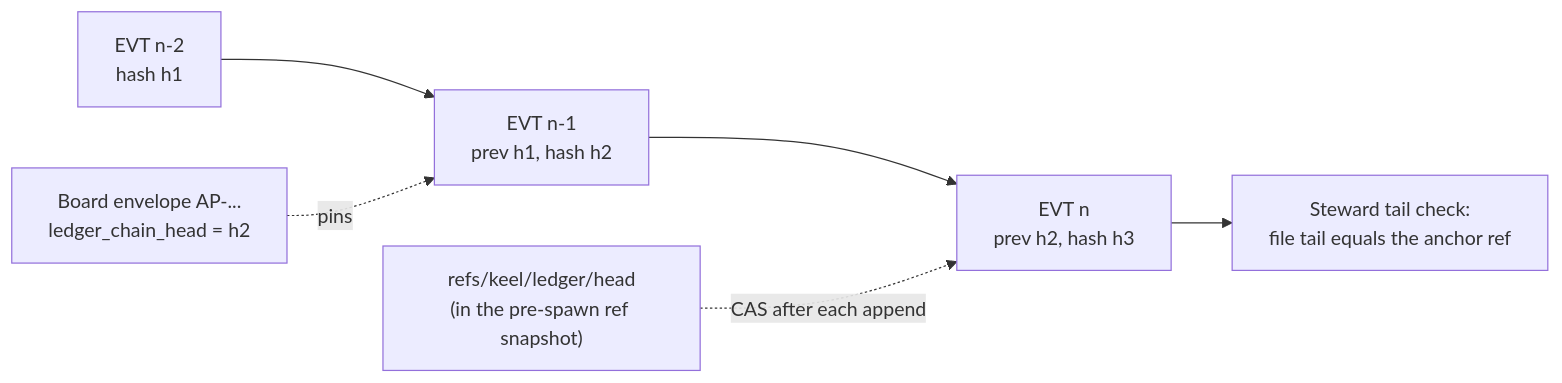
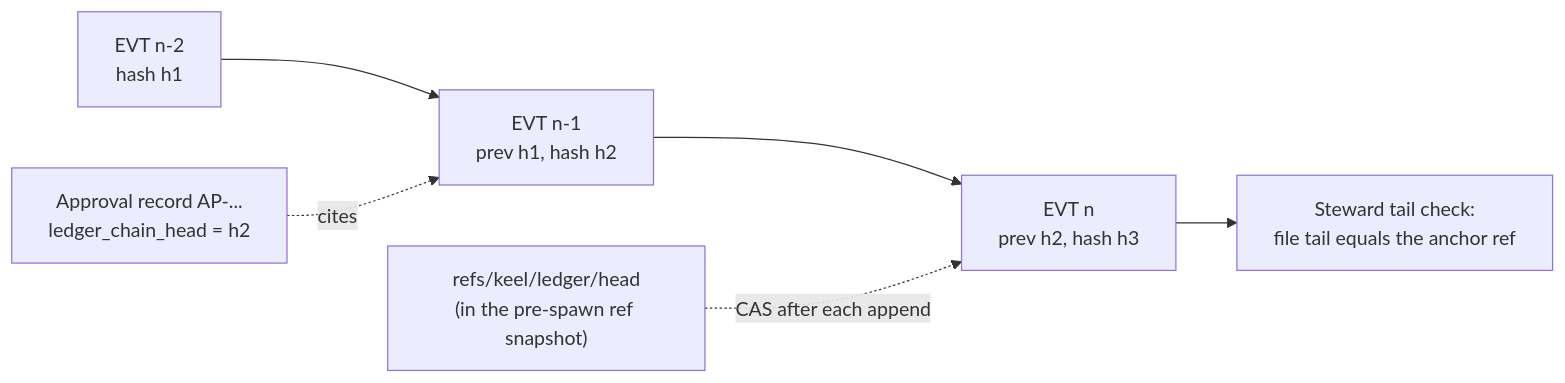
Before and after one commit to Qither/keel: the second of 2 diagrams in docs/14-trust-security.md, drawn with Mermaid. The commit also changed other lines of this file and 130 other files, not shown here.

````diff
--- a/docs/14-trust-security.md
+++ b/docs/14-trust-security.md
@@ -278,7 +265,7 @@
 ```mermaid
 flowchart LR
   e1["EVT n-2<br/>hash h1"] --> e2["EVT n-1<br/>prev h1, hash h2"] --> e3["EVT n<br/>prev h2, hash h3"]
-  ap["Board envelope AP-...<br/>ledger_chain_head = h2"] -.->|"pins"| e2
+  ap["Approval record AP-...<br/>ledger_chain_head = h2"] -.->|"cites"| e2
   e3 --> tail["Steward tail check:<br/>file tail equals the anchor ref"]
   anchor["refs/keel/ledger/head<br/>(in the pre-spawn ref snapshot)"] -.->|"CAS after each append"| e3
 ```
````
